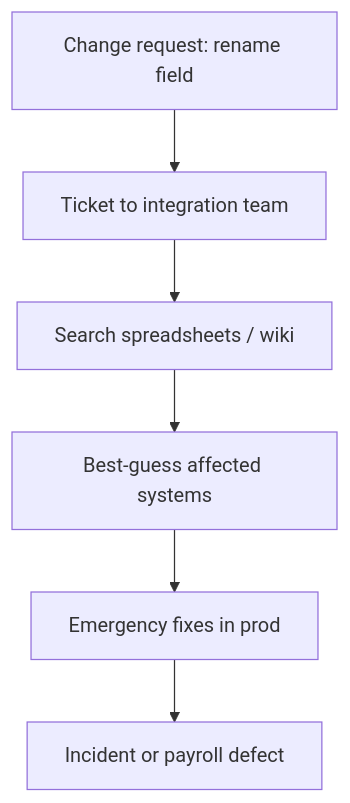
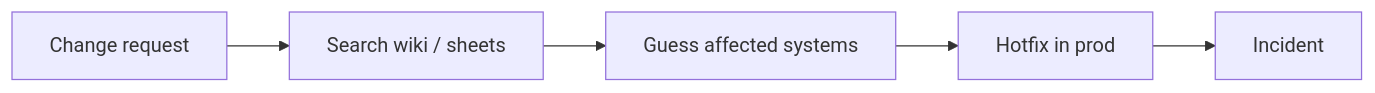
One commit to jah-guide/sourcemap changed the first of 3 diagrams in docs/05-process-as-is-to-be.md. Above: the diagram before and after it, drawn with Mermaid. The commit also changed other lines of this file, not shown here.

Commit message:
docs: simplify as-is and to-be process diagrams

````diff
--- a/docs/05-process-as-is-to-be.md
+++ b/docs/05-process-as-is-to-be.md
@@ -9,8 +9,7 @@
 ```mermaid
-flowchart TD
-  CR[Change request: rename field] --> TICKET[Ticket to integration team]
-  TICKET --> SPREAD[Search spreadsheets / wiki]
-  SPREAD --> GUESS[Best-guess affected systems]
-  GUESS --> FIX[Emergency fixes in prod]
-  FIX --> INC[Incident or payroll defect]
+flowchart LR
+  CR[Change request] --> HUNT[Search wiki / sheets]
+  HUNT --> GUESS[Guess affected systems]
+  GUESS --> FIX[Hotfix in prod]
+  FIX --> INC[Incident]
 ```
````
